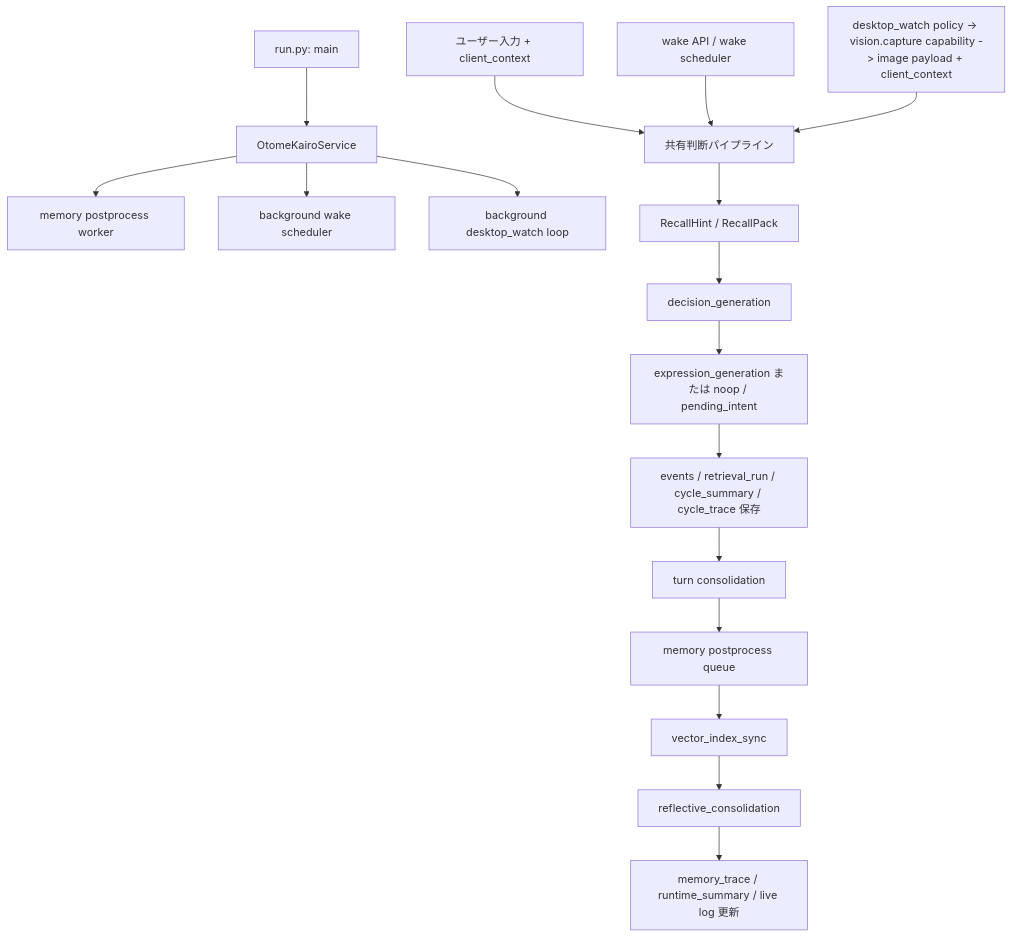
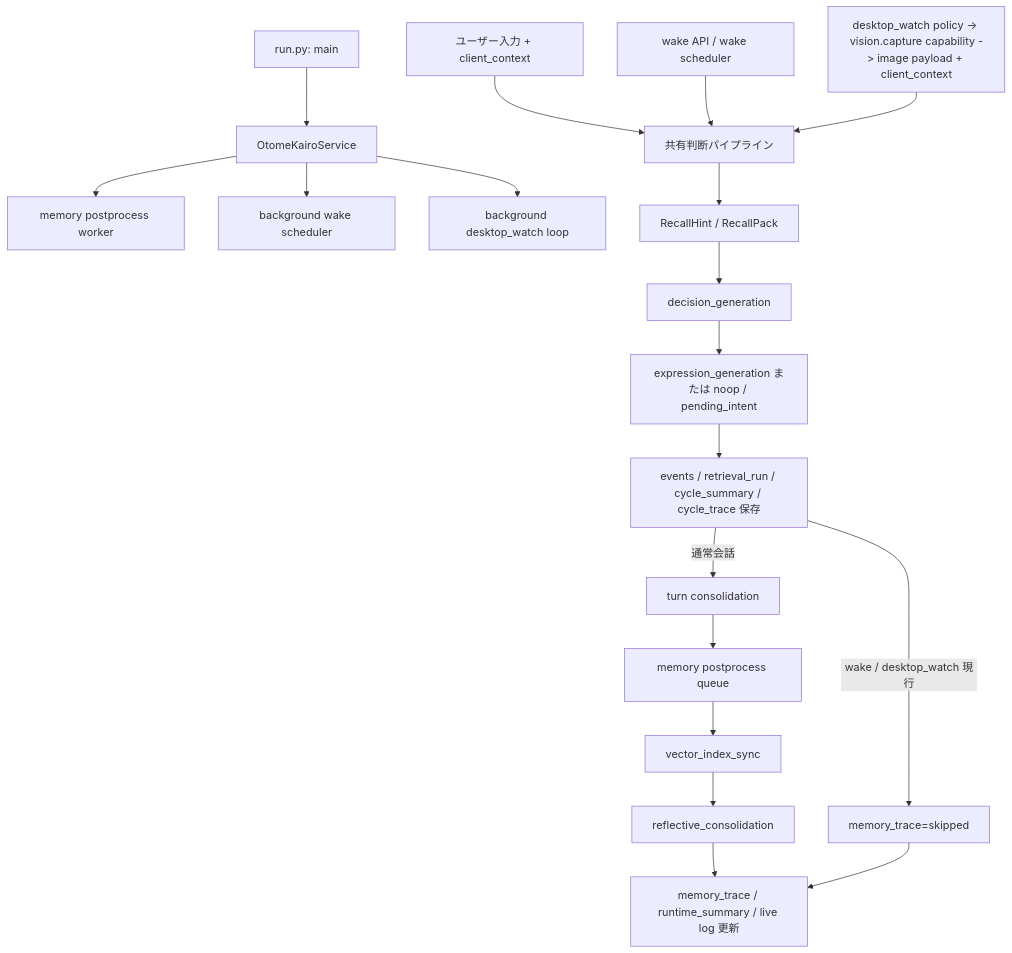
One commit to hirona98/OtomeKairo changed the second of 4 diagrams in docs/plan/02_現行処理フロー.md. Above: the diagram before and after it, drawn with Mermaid. The commit also changed other lines of this file and 19 other files, not shown here.

````diff
--- a/docs/plan/02_現行処理フロー.md
+++ b/docs/plan/02_現行処理フロー.md
@@ -137,22 +137,24 @@
 ```mermaid
 flowchart TD
     Start["run.py: main"] --> Service["OtomeKairoService"]
     Service --> Worker["memory postprocess worker"]
     Service --> WakeLoop["background wake scheduler"]
     Service --> WatchLoop["background desktop_watch loop"]
 
     User["ユーザー入力 + client_context"] --> Shared["共有判断パイプライン"]
     WakeAPI["wake API / wake scheduler"] --> Shared
     Watch["desktop_watch policy -> vision.capture capability -> image payload + client_context"] --> Shared
 
     Shared --> Recall["RecallHint / RecallPack"]
     Recall --> Decision["decision_generation"]
     Decision --> Reply["expression_generation または noop / pending_intent"]
     Reply --> Persist["events / retrieval_run / cycle_summary / cycle_trace 保存"]
 
-    Persist --> Memory["turn consolidation"]
+    Persist -->|通常会話| Memory["turn consolidation"]
+    Persist -->|wake / desktop_watch 現行| SkipMemory["memory_trace=skipped"]
     Memory --> Queue["memory postprocess queue"]
     Queue --> Vec["vector_index_sync"]
     Vec --> Reflect["reflective_consolidation"]
     Reflect --> Update["memory_trace / runtime_summary / live log 更新"]
+    SkipMemory --> Update
 ```
````
